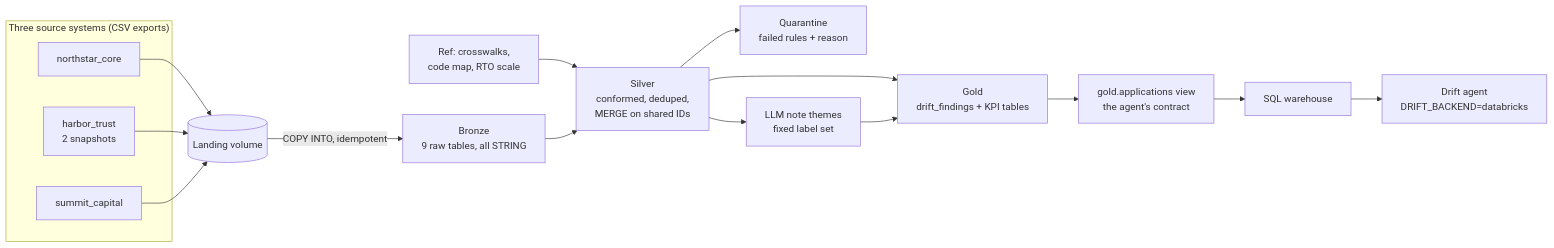
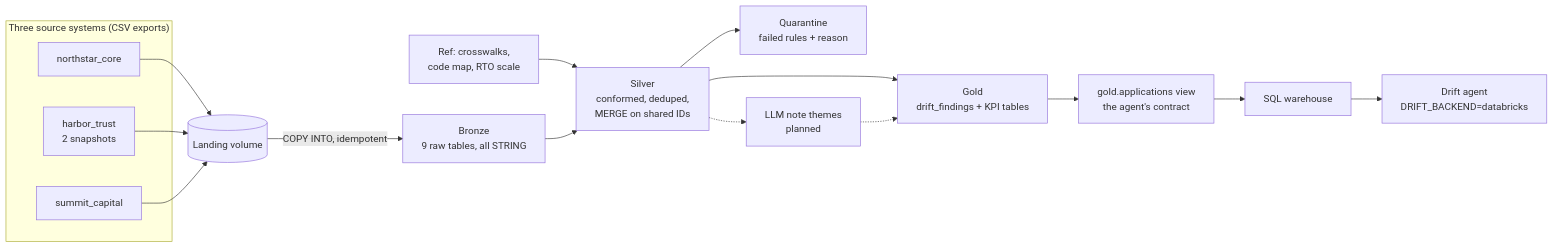
The diagram in lakehouse/README.md (David-P23/ai-drift-analytics-agent), drawn with Mermaid before and after one commit. The commit also changed 3 other files, not shown here.

````diff
--- a/lakehouse/README.md
+++ b/lakehouse/README.md
@@ -9,18 +9,18 @@
 ```mermaid
 flowchart LR
   subgraph Sources["Three source systems (CSV exports)"]
     A[northstar_core]
     B[harbor_trust<br/>2 snapshots]
     C[summit_capital]
   end
   A & B & C --> L[(Landing volume)]
   L -->|COPY INTO, idempotent| BR[Bronze<br/>9 raw tables, all STRING]
   REF[Ref: crosswalks,<br/>code map, RTO scale] --> S
   BR --> S[Silver<br/>conformed, deduped,<br/>MERGE on shared IDs]
   S --> Q[Quarantine<br/>failed rules + reason]
   S --> G[Gold<br/>drift_findings + KPI tables]
-  S --> T[LLM note themes<br/>fixed label set]
-  T --> G
+  S -.-> T[LLM note themes<br/>planned]
+  T -.-> G
   G --> V[gold.applications view<br/>the agent's contract]
   V --> W[SQL warehouse] --> AG[Drift agent<br/>DRIFT_BACKEND=databricks]
 ```
````
